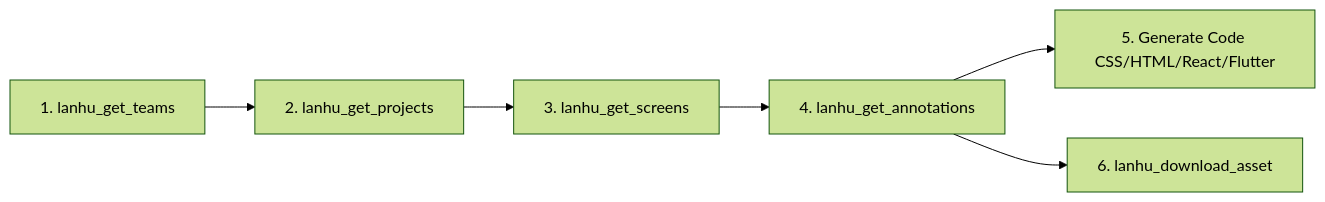
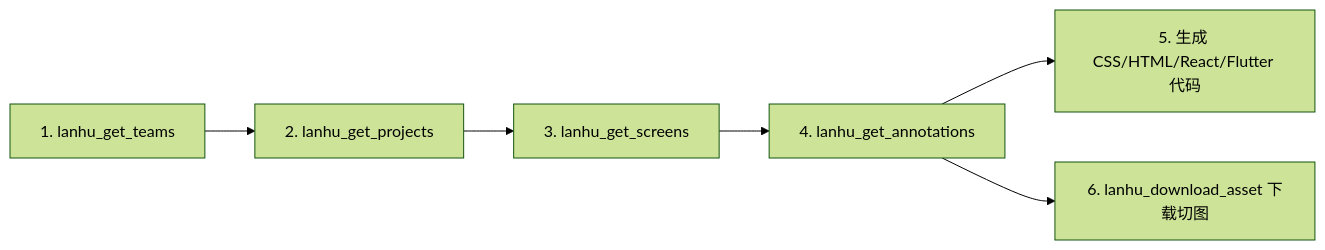
The diagram in README.md (xinayida/lanhu-mcp), drawn with Mermaid (forest theme) before and after one commit. The commit also changed other lines of this file and 2 other files, not shown here.

````diff
--- a/README.md
+++ b/README.md
@@ -308,8 +307,8 @@
 ```mermaid
 graph LR
     A[1. lanhu_get_teams] --> B[2. lanhu_get_projects]
     B --> C[3. lanhu_get_screens]
     C --> D[4. lanhu_get_annotations]
-    D --> E[5. Generate Code CSS/HTML/React/Flutter]
-    D --> F[6. lanhu_download_asset]
+    D --> E[5. 生成 CSS/HTML/React/Flutter 代码]
+    D --> F[6. lanhu_download_asset 下载切图]
 ```
````
